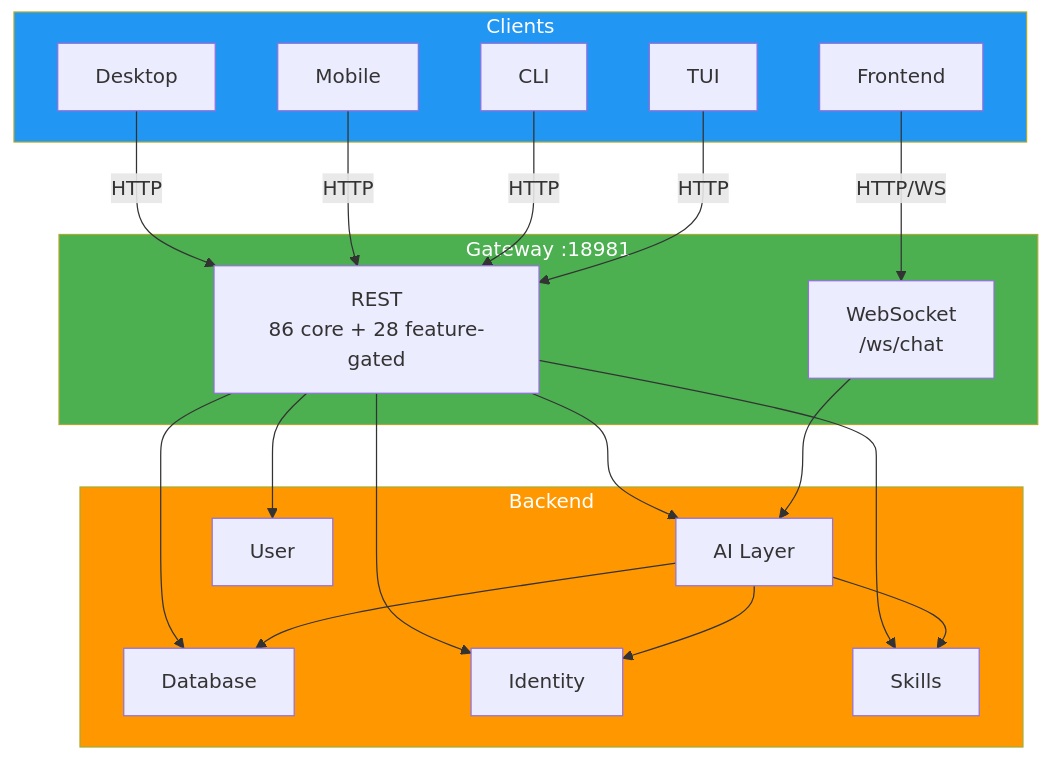
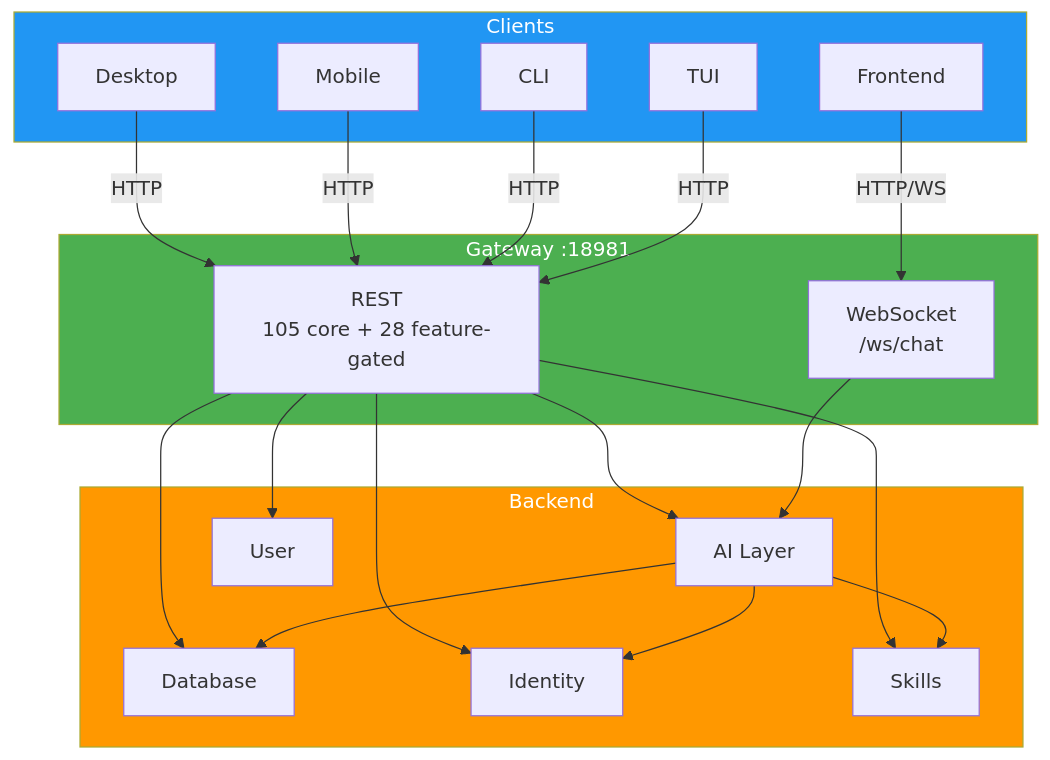
One commit to sprklai/mesoclaw changed the second of 33 diagrams in docs-site/docs/architecture.md. Above: the diagram before and after it, drawn with Mermaid. The commit also changed other lines of this file and 13 other files, not shown here.

First line of the commit message:
chore: add zenii-mcp-server to CI/Docker, update docs metrics and architecture diagrams

````diff
--- a/docs-site/docs/architecture.md
+++ b/docs-site/docs/architecture.md
@@ -110,26 +110,26 @@
 ```mermaid
 graph TB
     subgraph Clients
         D[Desktop] & M[Mobile] & C[CLI] & T[TUI] & F[Frontend]
     end
 
     subgraph GW["Gateway :18981"]
-        REST["REST<br>86 core + 28 feature-gated"]
+        REST["REST<br>105 core + 28 feature-gated"]
         WS["WebSocket<br>/ws/chat"]
     end
 
     subgraph Backend
         AIL[AI Layer] & DBL[Database]
         IDL[Identity] & SKL[Skills] & USL[User]
     end
 
     D & M & C & T -->|HTTP| REST
     F -->|HTTP/WS| WS
     REST & WS --> AIL
     REST --> DBL & IDL & SKL & USL
     AIL --> DBL & IDL & SKL
 
     style Clients fill:#2196F3,color:#fff
     style GW fill:#4CAF50,color:#fff
     style Backend fill:#FF9800,color:#fff
 ```
````
